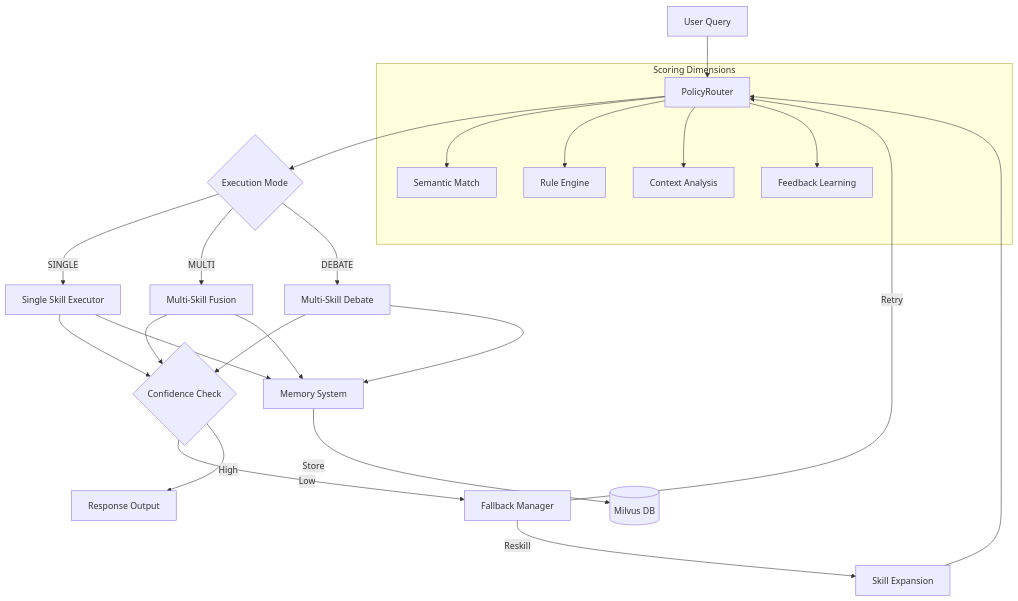
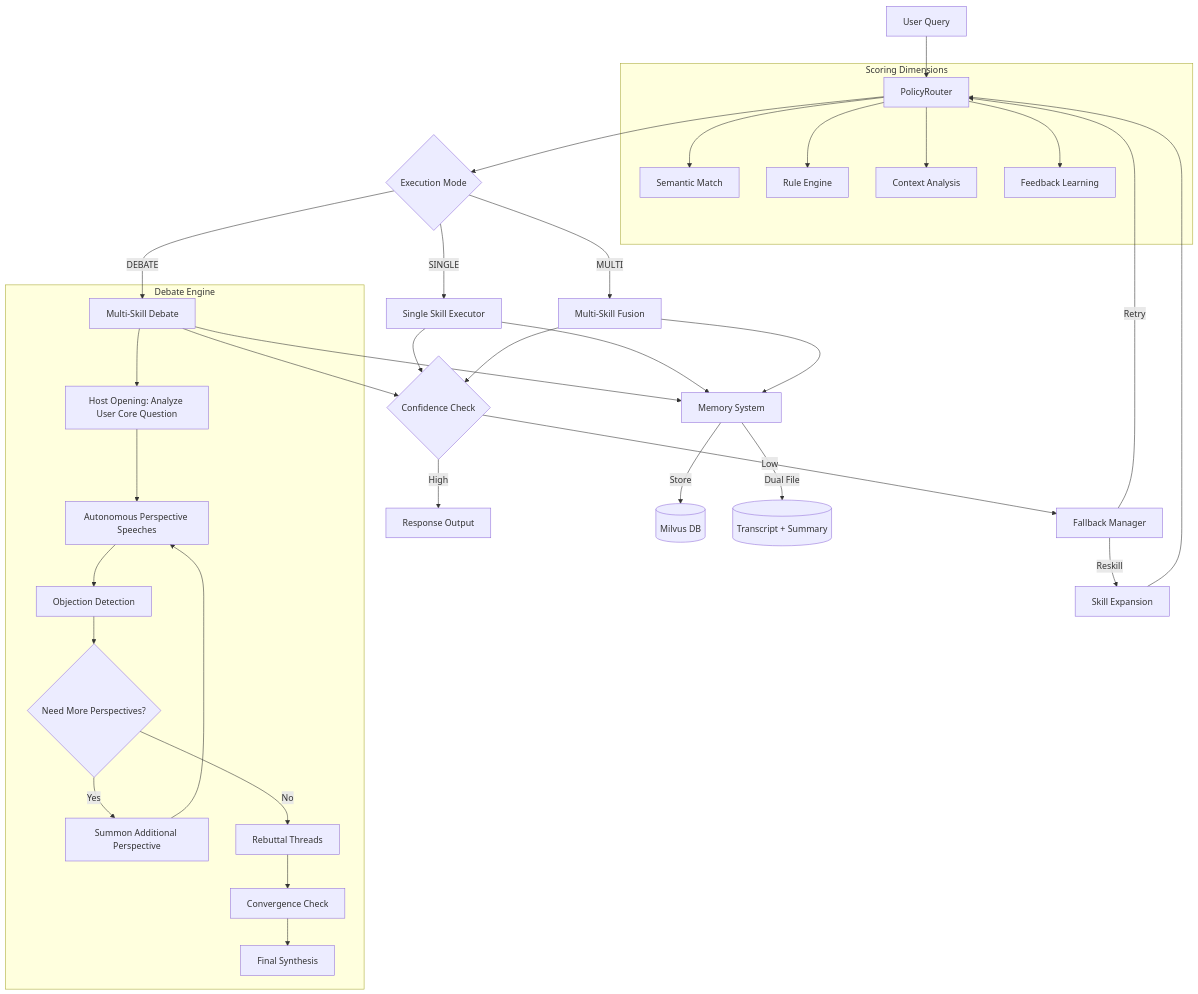
Before and after one commit to dai-zw/DialecticEngine: the first of 4 diagrams in README.md, drawn with Mermaid. The commit also changed other lines of this file and 115 other files, not shown here.

````diff
--- a/README.md
+++ b/README.md
@@ -39,33 +44,46 @@
 ```mermaid
 flowchart TD
     A[User Query] --> B[PolicyRouter]
     B --> C{Execution Mode}
     C -->|SINGLE| D[Single Skill Executor]
     C -->|MULTI| E[Multi-Skill Fusion]
     C -->|DEBATE| F[Multi-Skill Debate]
 
     D --> G{Confidence Check}
     E --> G
     F --> G
 
     G -->|Low| H[Fallback Manager]
     G -->|High| I[Response Output]
 
     H -->|Retry| B
     H -->|Reskill| J[Skill Expansion]
 
     D --> K[Memory System]
     E --> K
     F --> K
 
     K -->|Store| L[(Milvus DB)]
+    K -->|Dual File| M[(Transcript + Summary)]
 
     J --> B
 
+    subgraph Debate Engine
+        F --> N[Host Opening: Analyze User Core Question]
+        N --> O[Autonomous Perspective Speeches]
+        O --> P[Objection Detection]
+        P --> Q{Need More Perspectives?}
+        Q -->|Yes| R[Summon Additional Perspective]
+        Q -->|No| S[Rebuttal Threads]
+        R --> O
+        S --> T[Convergence Check]
+        T --> U[Final Synthesis]
+    end
+
     subgraph Scoring Dimensions
-        B --> M[Semantic Match]
-        B --> N[Rule Engine]
-        B --> O[Context Analysis]
-        B --> P[Feedback Learning]
+        B --> V[Semantic Match]
+        B --> W[Rule Engine]
+        B --> X[Context Analysis]
+        B --> Y[Feedback Learning]
     end
 ```
````
